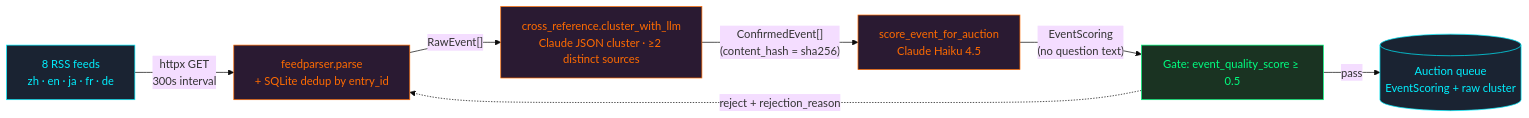
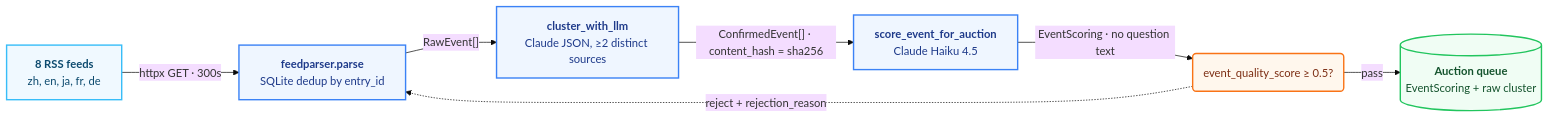
One commit to licaomeng/polyglot-alpha changed the ninth of 12 diagrams in README.md. Above: the diagram before and after it, drawn with Mermaid (base theme). The commit also changed other lines of this file, not shown here.

First line of the commit message:
docs(readme): apply Apple-style palette to all mermaid diagrams

````diff
--- a/README.md
+++ b/README.md
@@ -643,20 +653,21 @@
 ```mermaid
 flowchart LR
-    classDef feed fill:#1a2332,stroke:#00f0ff,color:#00f0ff
-    classDef code fill:#2a1a32,stroke:#ff6b00,color:#ff6b00
-    classDef gate fill:#1a3322,stroke:#00ff80,color:#00ff80
+    classDef feed fill:#F0F9FF, stroke:#38BDF8, color:#0C4A6E, stroke-width:2px
+    classDef code fill:#EFF6FF, stroke:#3B82F6, color:#1E3A8A, stroke-width:2px
+    classDef gate fill:#FFF7ED, stroke:#F97316, color:#7C2D12, stroke-width:2px
+    classDef out fill:#F0FDF4, stroke:#22C55E, color:#14532D, stroke-width:2px
 
-    F1["8 RSS feeds<br/>zh · en · ja · fr · de"]:::feed
-    FP["feedparser.parse<br/>+ SQLite dedup by entry_id"]:::code
-    CR["cross_reference.cluster_with_llm<br/>Claude JSON cluster · ≥2 distinct sources"]:::code
-    SC["score_event_for_auction<br/>Claude Haiku 4.5"]:::code
-    G["Gate: event_quality_score ≥ 0.5"]:::gate
-    Q[("Auction queue<br/>EventScoring + raw cluster")]:::feed
+    F1["<b>8 RSS feeds</b><br/>zh, en, ja, fr, de"]:::feed
+    FP["<b>feedparser.parse</b><br/>SQLite dedup by entry_id"]:::code
+    CR["<b>cluster_with_llm</b><br/>Claude JSON, ≥2 distinct sources"]:::code
+    SC["<b>score_event_for_auction</b><br/>Claude Haiku 4.5"]:::code
+    G("event_quality_score ≥ 0.5?"):::gate
+    Q[("<b>Auction queue</b><br/>EventScoring + raw cluster")]:::out
 
-    F1 -->|"httpx GET<br/>300s interval"| FP
+    F1 -->|"httpx GET · 300s"| FP
     FP -->|"RawEvent[]"| CR
-    CR -->|"ConfirmedEvent[]<br/>(content_hash = sha256)"| SC
-    SC -->|"EventScoring<br/>(no question text)"| G
+    CR -->|"ConfirmedEvent[] · content_hash = sha256"| SC
+    SC -->|"EventScoring · no question text"| G
     G -->|"pass"| Q
     G -.->|"reject + rejection_reason"| FP
 ```
````
